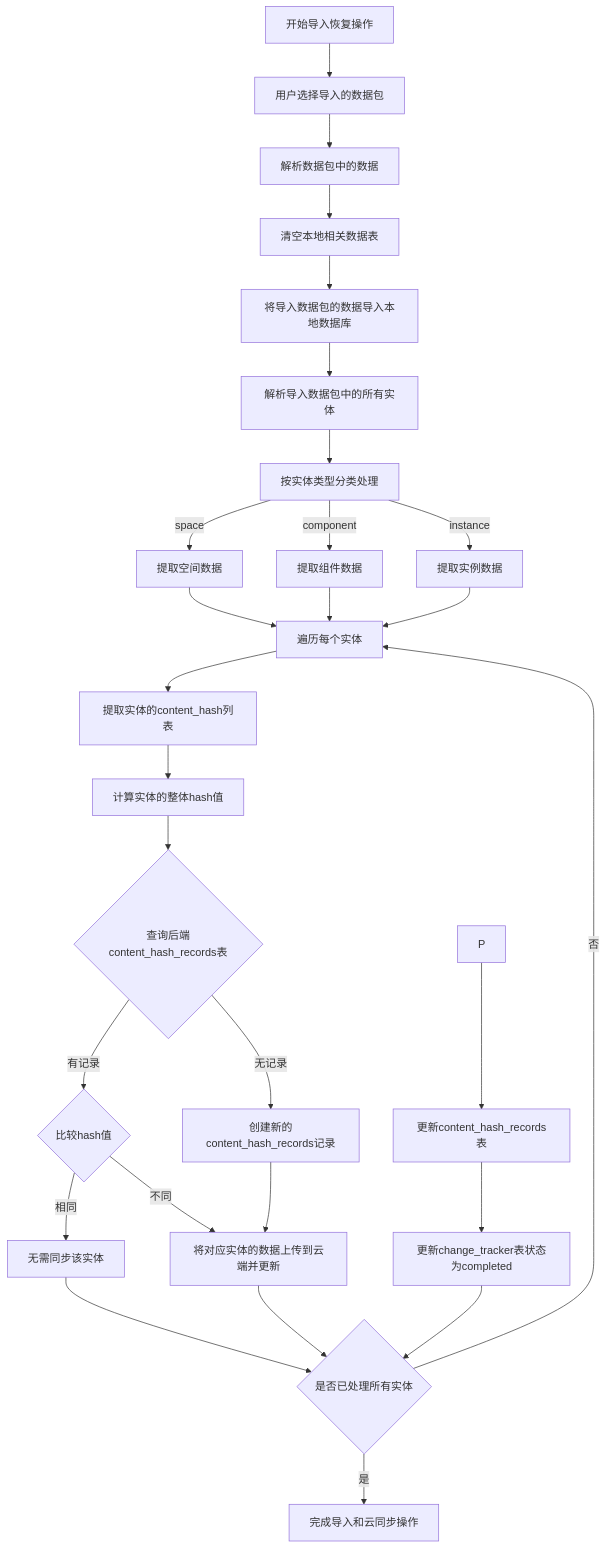
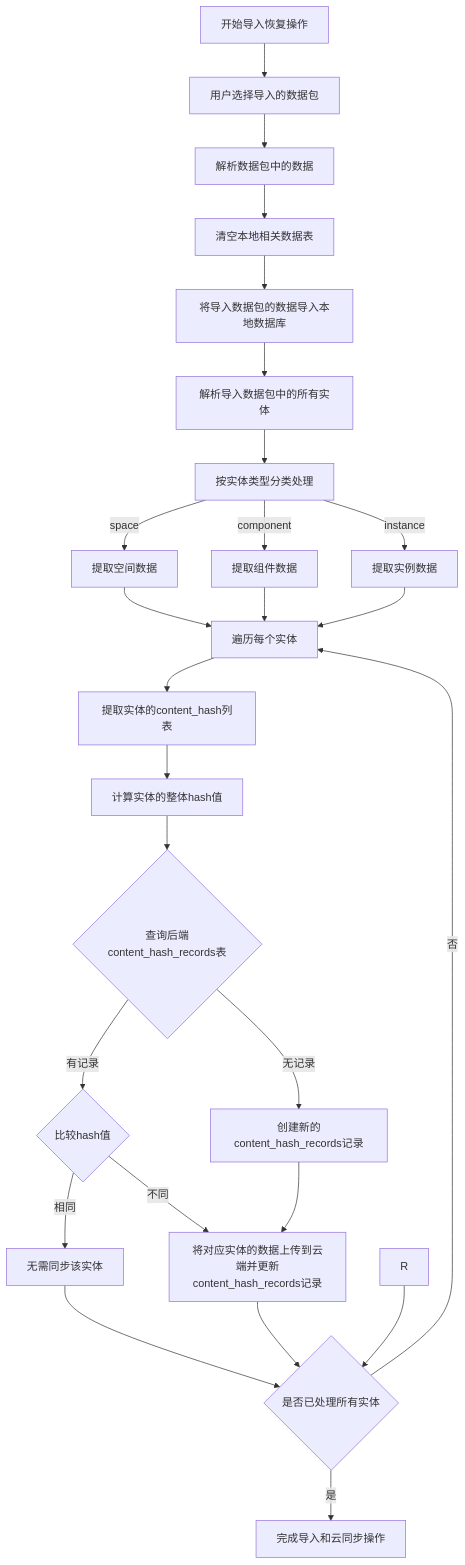
Before and after one commit to yingjianzh/iodraw-files: the diagram in all/未命名-44.md, drawn with Mermaid.

Commit message:
2025-04-27 11:43:04 update

````diff
--- a/all/未命名-44.md
+++ b/all/未命名-44.md
@@ -1,39 +1,38 @@
 ```mermaid
 flowchart TD
     A[开始导入恢复操作] --> B[用户选择导入的数据包]
     B --> C[解析数据包中的数据]
     
     C --> D[清空本地相关数据表]
     D --> E[将导入数据包的数据导入本地数据库]
     
     E --> F[解析导入数据包中的所有实体]
     F --> G[按实体类型分类处理]
     
     G -->|space| H1[提取空间数据]
     G -->|component| H2[提取组件数据]
     G -->|instance| H3[提取实例数据]
     
     H1 --> I[遍历每个实体]
     H2 --> I
     H3 --> I
     
     I --> J[提取实体的content_hash列表]
     J --> K[计算实体的整体hash值]
     
     K --> L{查询后端content_hash_records表}
     L -->|无记录| M1[创建新的content_hash_records记录]
     L -->|有记录| M2{比较hash值}
     
     M2 -->|相同| M3[无需同步该实体]
-    M2 -->|不同| M4[将对应实体的数据上传到云端并更新]
+    M2 -->|不同| M4[将对应实体的数据上传到云端并更新content_hash_records记录]
     M1 --> M4
     
-    P --> Q[更新content_hash_records表]
-    Q --> R[更新change_tracker表状态为completed]
+   
     M3 --> S{是否已处理所有实体}
     M4 --> S{是否已处理所有实体}
     R --> S
     
     S -->|否| I
     S -->|是| T[完成导入和云同步操作]
 ```
````
